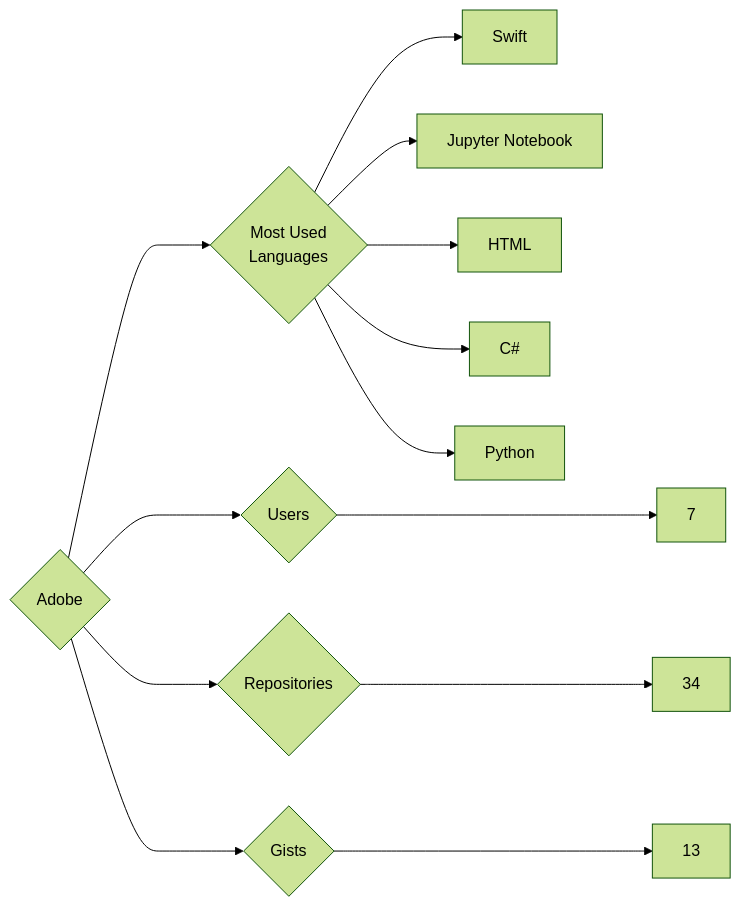
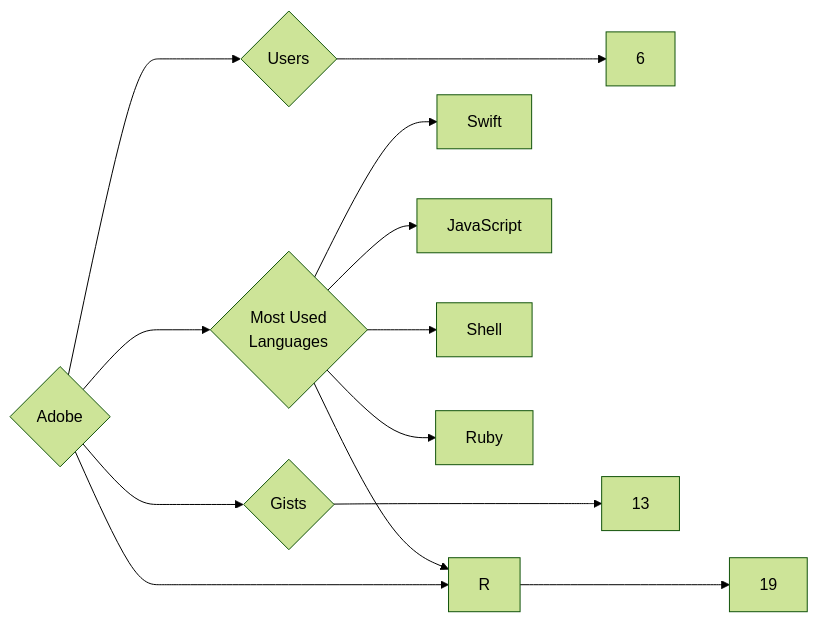
The diagram in targets/Adobe/README.md (trickest/insiders), drawn with Mermaid (forest theme) before and after one commit. The commit also changed 1167 other files, not shown here.

````diff
--- a/targets/Adobe/README.md
+++ b/targets/Adobe/README.md
@@ -3,13 +3,13 @@
 ```mermaid
 graph LR
 COMPANY_NAME{Adobe}
-COMPANY_NAME ---> U{Users} ---> UN[7]
-COMPANY_NAME ---> R{Repositories} ---> RN[34]
+COMPANY_NAME ---> U{Users} ---> UN[6]
+COMPANY_NAME ---> R{Repositories} ---> RN[19]
 COMPANY_NAME ---> G{Gists} ---> GN[13]
 COMPANY_NAME ---> ML{Most Used<br>Languages}
 ML --> Swift[Swift]
-ML --> Jupyter_Notebook[Jupyter Notebook]
-ML --> HTML[HTML]
-ML --> C#[C#]
-ML --> Python[Python]
+ML --> JavaScript[JavaScript]
+ML --> Shell[Shell]
+ML --> Ruby[Ruby]
+ML --> R[R]
 ```
````
